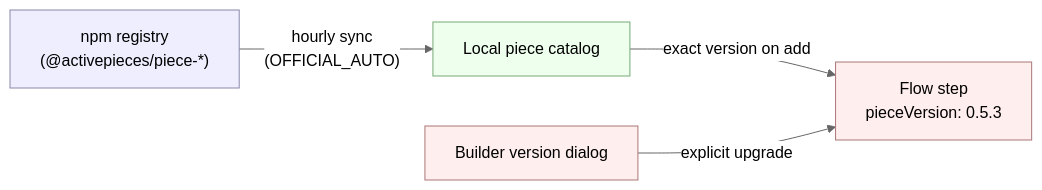
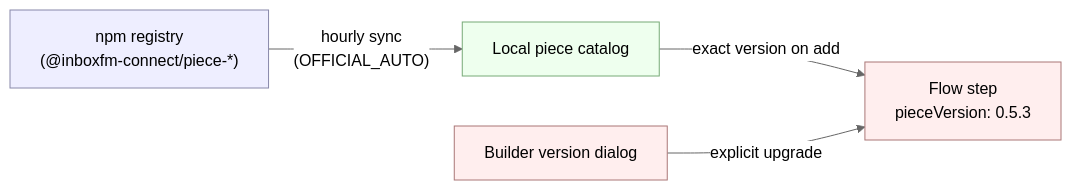
The diagram in docs/install/architecture/piece-syncing.mdx (Mihir-Rabari/inboxfm-connect), drawn with Mermaid (neutral theme) before and after one commit. The commit also changed other lines of this file and 124 other files, not shown here.

````diff
--- a/docs/install/architecture/piece-syncing.mdx
+++ b/docs/install/architecture/piece-syncing.mdx
@@ -12,18 +12,18 @@
 ```mermaid
 flowchart LR
-    REG["npm registry<br/>(@activepieces/piece-*)"]
+    REG["npm registry<br/>(@inboxfm-connect/piece-*)"]
     CAT["Local piece catalog"]
     STEP["Flow step<br/>pieceVersion: 0.5.3"]
     UI["Builder version dialog"]
 
     REG -- "hourly sync<br/>(OFFICIAL_AUTO)" --> CAT
     CAT -- "exact version on add" --> STEP
     UI -- "explicit upgrade" --> STEP
 
     classDef src fill:#eef,stroke:#88a
     classDef catalog fill:#efe,stroke:#7a7
     classDef flow fill:#fee,stroke:#a77
     class REG src
     class CAT catalog
     class STEP,UI flow
 ```
````
